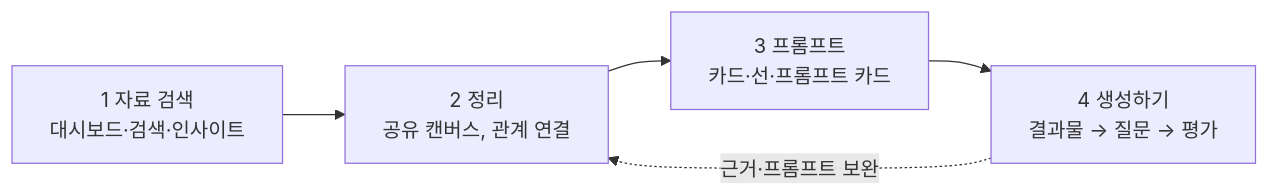
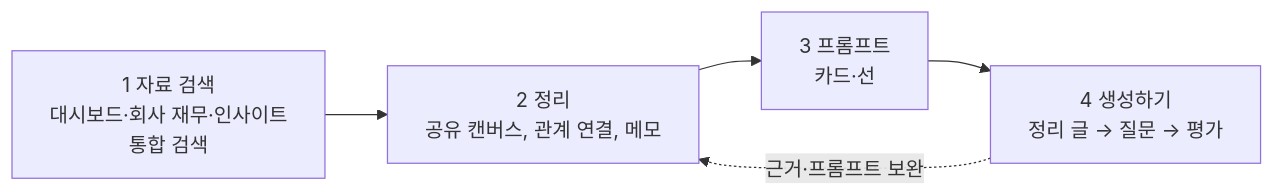
One commit to vamos-team/telescope changed the diagram in docs/planning/기획서.md. Above: the diagram before and after it, drawn with Mermaid. The commit also changed other lines of this file and 124 other files, not shown here.

````diff
--- a/docs/planning/기획서.md
+++ b/docs/planning/기획서.md
@@ -41,7 +41,7 @@
 ```mermaid
 flowchart LR
-    A["1 자료 검색<br/>대시보드·검색·인사이트"] --> B["2 정리<br/>공유 캔버스, 관계 연결"]
-    B --> C["3 프롬프트<br/>카드·선·프롬프트 카드"]
-    C --> D["4 생성하기<br/>결과물 → 질문 → 평가"]
+    A["1 자료 검색<br/>대시보드·회사 재무·인사이트<br/>통합 검색"] --> B["2 정리<br/>공유 캔버스, 관계 연결, 메모"]
+    B --> C["3 프롬프트<br/>카드·선"]
+    C --> D["4 생성하기<br/>정리 글 → 질문 → 평가"]
     D -.->|근거·프롬프트 보완| B
 ```
````
